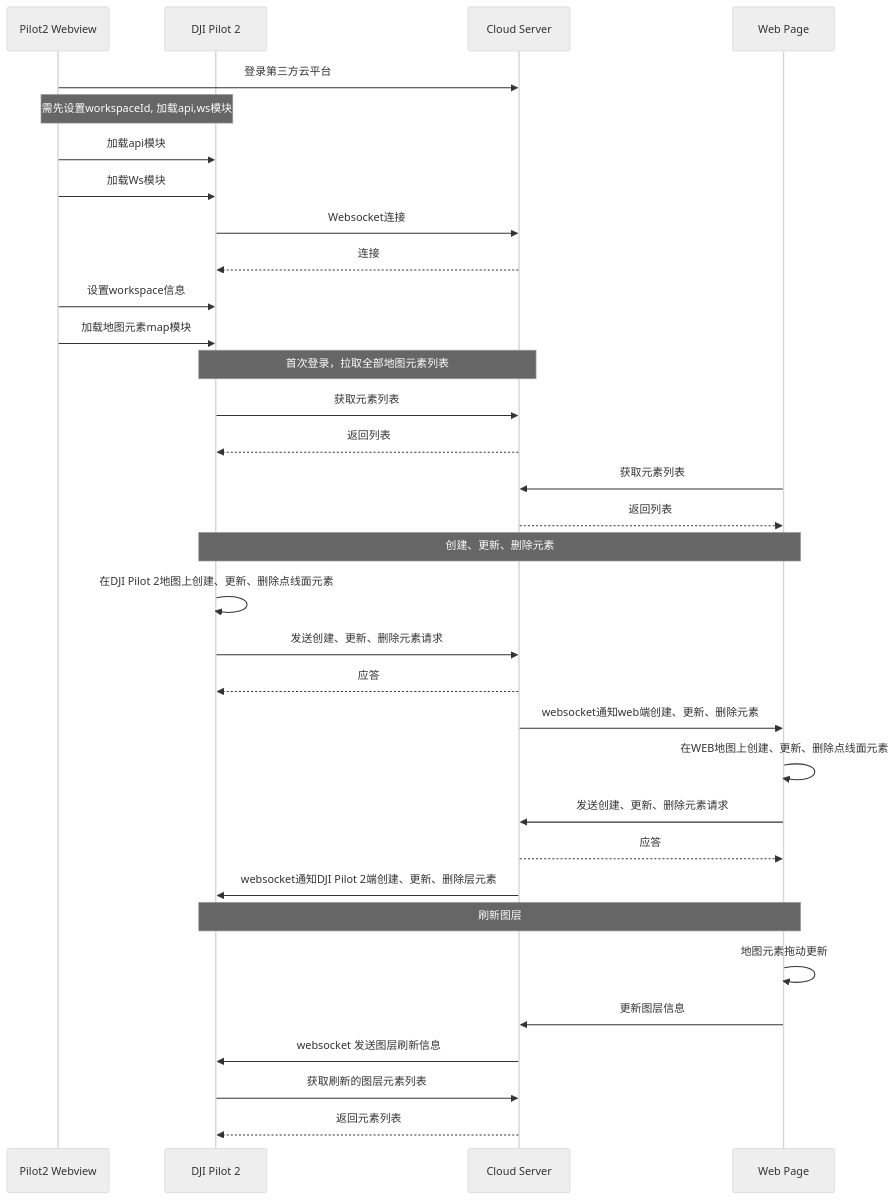
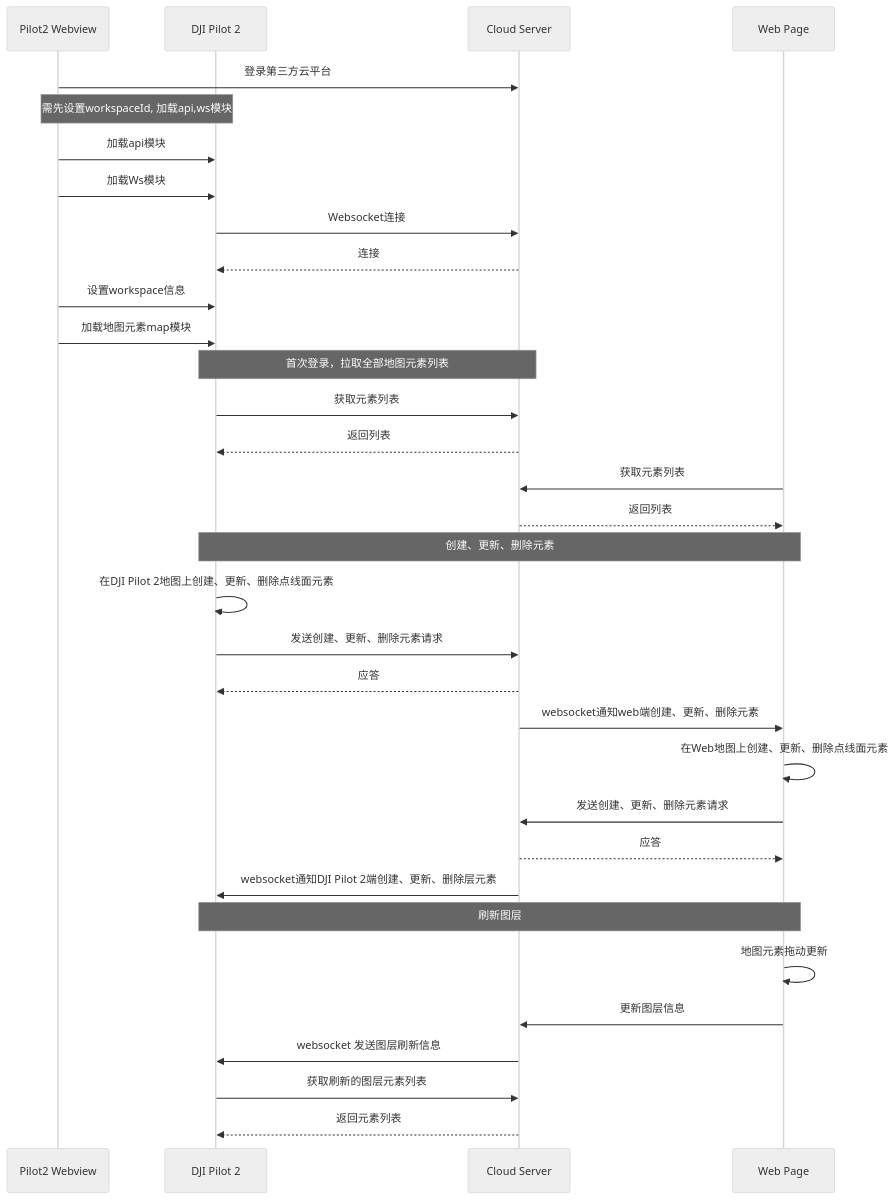
The diagram in docs/cn/30.feature-set/10.pilot-feature-set/40.pilot-map-elements.md (dji-sdk/Cloud-API-Doc), drawn with Mermaid (neutral theme) before and after one commit. The commit also changed other lines of this file and 192 other files, not shown here.

````diff
--- a/docs/cn/30.feature-set/10.pilot-feature-set/40.pilot-map-elements.md
+++ b/docs/cn/30.feature-set/10.pilot-feature-set/40.pilot-map-elements.md
@@ -23,41 +24,41 @@
 ```mermaid
 sequenceDiagram
 
 participant h5 as Pilot2 Webview
 participant app as DJI Pilot 2
 participant cloud as Cloud Server
 participant web as Web Page
 h5 ->> cloud:登录第三方云平台
 note over app, h5: 需先设置workspaceId, 加载api,ws模块 
 h5 ->> app: 加载api模块 
 h5 ->> app: 加载Ws模块
 app ->> cloud: Websocket连接
 cloud -->> app:连接
 h5 ->> app: 设置workspace信息
 h5 ->> app:加载地图元素map模块
 note over app,cloud: 首次登录，拉取全部地图元素列表
 
 app ->> cloud: 获取元素列表
 cloud -->> app:返回列表
 web ->> cloud: 获取元素列表
 cloud -->> web:返回列表
 
 note over app,web:创建、更新、删除元素
 app ->> app: 在DJI Pilot 2地图上创建、更新、删除点线面元素
 app ->> cloud: 发送创建、更新、删除元素请求
 cloud -->> app:应答
 cloud ->>web: websocket通知web端创建、更新、删除元素
-web ->> web: 在WEB地图上创建、更新、删除点线面元素
+web ->> web: 在Web地图上创建、更新、删除点线面元素
 web ->> cloud: 发送创建、更新、删除元素请求
 cloud -->> web:应答
 cloud ->>app: websocket通知DJI Pilot 2端创建、更新、删除层元素
 
 note over app, web:刷新图层
 web  ->> web:地图元素拖动更新
 web ->> cloud:更新图层信息
 cloud ->> app: websocket 发送图层刷新信息
 app ->> cloud: 获取刷新的图层元素列表
 cloud -->> app: 返回元素列表
 
 
 ```
````
